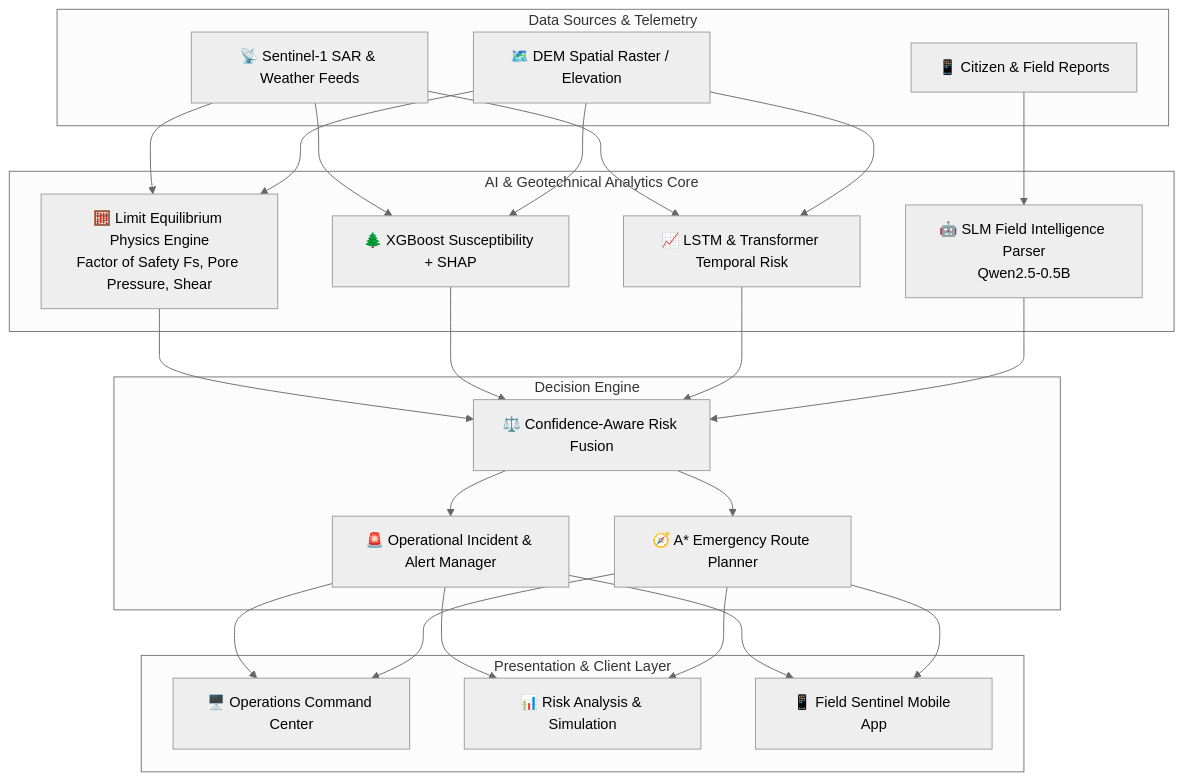
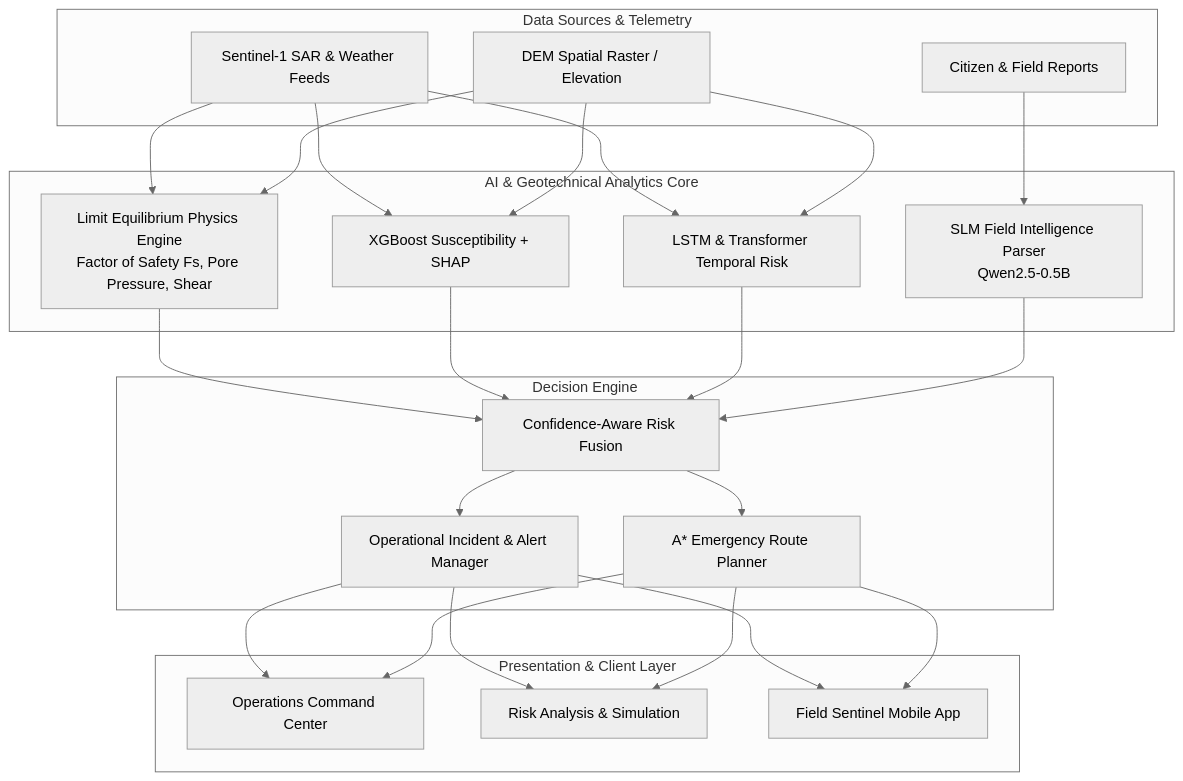
Before and after one commit to hitanshinahar/georesilience: the first of 3 diagrams in README.md, drawn with Mermaid (neutral theme). The commit also changed other lines of this file and 10 other files, not shown here.

````diff
--- a/README.md
+++ b/README.md
@@ -32,33 +32,33 @@
 ```mermaid
 flowchart TD
     subgraph Data Sources & Telemetry
-        A1[📡 Sentinel-1 SAR & Weather Feeds]
-        A2[🗺️ DEM Spatial Raster / Elevation]
-        A3[📱 Citizen & Field Reports]
+        A1[Sentinel-1 SAR & Weather Feeds]
+        A2[DEM Spatial Raster / Elevation]
+        A3[Citizen & Field Reports]
     end
 
     subgraph AI & Geotechnical Analytics Core
-        B1[🧮 Limit Equilibrium Physics Engine<br/>Factor of Safety Fs, Pore Pressure, Shear]
-        B2[🌲 XGBoost Susceptibility + SHAP]
-        B3[📈 LSTM & Transformer Temporal Risk]
-        B4[🤖 SLM Field Intelligence Parser<br/>Qwen2.5-0.5B]
+        B1[Limit Equilibrium Physics Engine<br/>Factor of Safety Fs, Pore Pressure, Shear]
+        B2[XGBoost Susceptibility + SHAP]
+        B3[LSTM & Transformer Temporal Risk]
+        B4[SLM Field Intelligence Parser<br/>Qwen2.5-0.5B]
     end
 
     subgraph Decision Engine
-        C1[⚖️ Confidence-Aware Risk Fusion]
-        C2[🚨 Operational Incident & Alert Manager]
-        C3[🧭 A* Emergency Route Planner]
+        C1[Confidence-Aware Risk Fusion]
+        C2[Operational Incident & Alert Manager]
+        C3[A* Emergency Route Planner]
     end
 
     subgraph Presentation & Client Layer
-        D1[🖥️ Operations Command Center]
-        D2[📊 Risk Analysis & Simulation]
-        D3[📱 Field Sentinel Mobile App]
+        D1[Operations Command Center]
+        D2[Risk Analysis & Simulation]
+        D3[Field Sentinel Mobile App]
     end
 
     A1 & A2 --> B1 & B2 & B3
     A3 --> B4
     B1 & B2 & B3 & B4 --> C1
     C1 --> C2 & C3
     C2 & C3 --> D1 & D2 & D3
 ```
````
